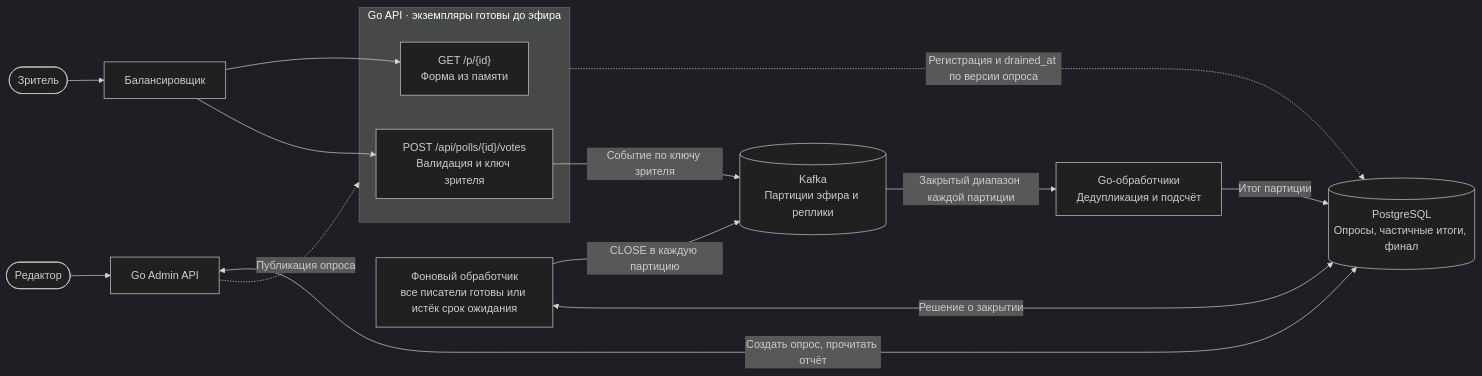
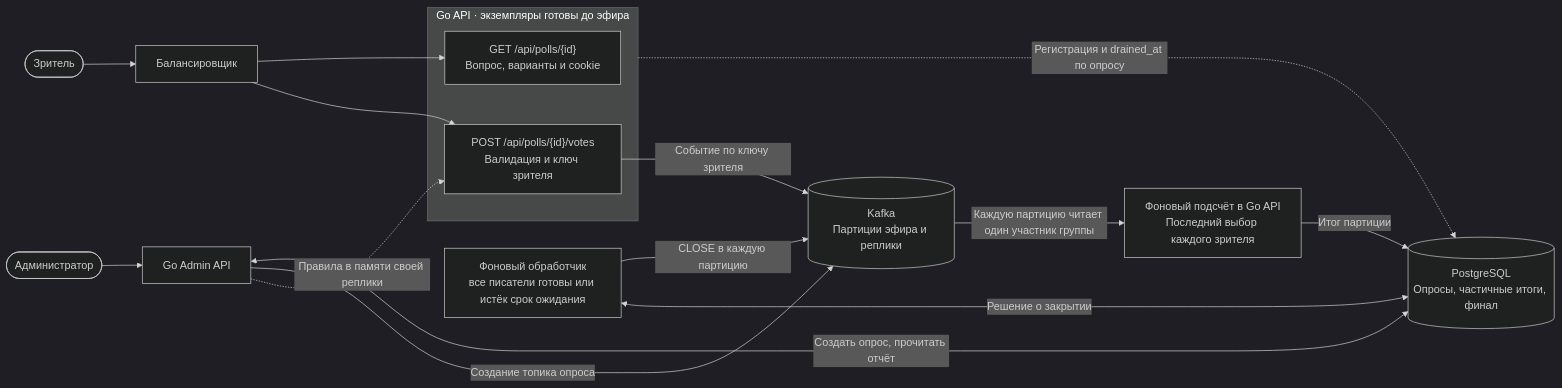
Before and after one commit to rococo4/televote: the diagram in DESIGN.md, drawn with Mermaid (dark theme). The commit also changed other lines of this file and 11 other files, not shown here.

````diff
--- a/DESIGN.md
+++ b/DESIGN.md
@@ -28,20 +34,21 @@
 ```mermaid
 flowchart LR
     viewer(["Зритель"]) --> lb["Балансировщик"]
     subgraph api["Go API · экземпляры готовы до эфира"]
-        get["GET /p/{id}<br/>Форма из памяти"]
+        get["GET /api/polls/{id}<br/>Вопрос, варианты и cookie"]
         post["POST /api/polls/{id}/votes<br/>Валидация и ключ зрителя"]
     end
     lb --> get
     lb --> post
     post -->|"Событие по ключу зрителя"| log[("Kafka<br/>Партиции эфира и реплики")]
-    log -->|"Закрытый диапазон каждой партиции"| workers["Go-обработчики<br/>Дедупликация и подсчёт"]
+    log -->|"Каждую партицию читает один участник группы"| workers["Фоновый подсчёт в Go API<br/>Последний выбор каждого зрителя"]
     workers -->|"Итог партиции"| sql[("PostgreSQL<br/>Опросы, частичные итоги, финал")]
-    editor(["Редактор"]) --> admin["Go Admin API"]
+    editor(["Администратор"]) --> admin["Go Admin API"]
     admin <-->|"Создать опрос, прочитать отчёт"| sql
-    admin -.->|"Публикация опроса"| api
-    api -.->|"Регистрация и drained_at по версии опроса"| sql
+    admin -->|"Создание топика опроса"| log
+    admin -.->|"Правила в памяти своей реплики"| post
+    api -.->|"Регистрация и drained_at по опросу"| sql
     close["Фоновый обработчик<br/>все писатели готовы или истёк срок ожидания"]
     close -->|"CLOSE в каждую партицию"| log
     close <-->|"Решение о закрытии"| sql
 ```
````
